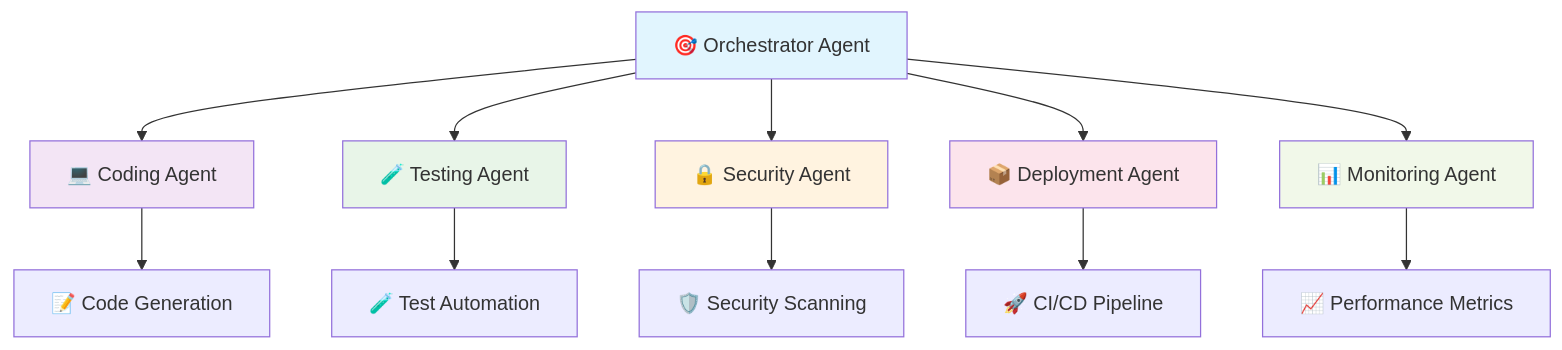
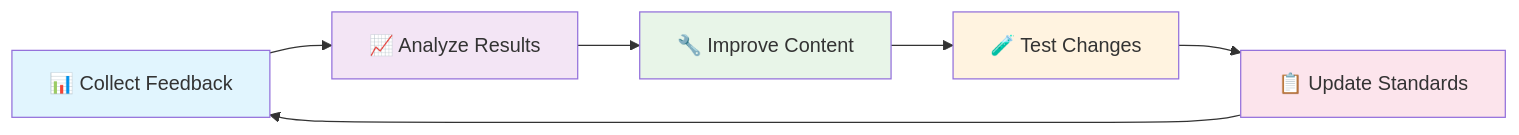
One commit to paulasilvatech/Code-AI-Dev changed the eighth of 8 diagrams in docs/workshop_structure.md. Above: the diagram before and after it, drawn with Mermaid. The commit also changed other lines of this file and 4 other files, not shown here.

````diff
--- a/docs/workshop_structure.md
+++ b/docs/workshop_structure.md
@@ -378,21 +509,14 @@
 ```mermaid
-graph TD
-    A[🎯 Orchestrator Agent] --> B[💻 Coding Agent]
-    A --> C[🧪 Testing Agent]
-    A --> D[🔒 Security Agent]
-    A --> E[📦 Deployment Agent]
-    A --> F[📊 Monitoring Agent]
-    
-    B --> G[📝 Code Generation]
-    C --> H[🧪 Test Automation]
-    D --> I[🛡️ Security Scanning]
-    E --> J[🚀 CI/CD Pipeline]
-    F --> K[📈 Performance Metrics]
+graph LR
+    A[📊 Collect Feedback] --> B[📈 Analyze Results]
+    B --> C[🔧 Improve Content]
+    C --> D[🧪 Test Changes]
+    D --> E[📋 Update Standards]
+    E --> A
     
     style A fill:#e1f5fe
     style B fill:#f3e5f5
     style C fill:#e8f5e8
     style D fill:#fff3e0
     style E fill:#fce4ec
-    style F fill:#f1f8e9
 ```
````
